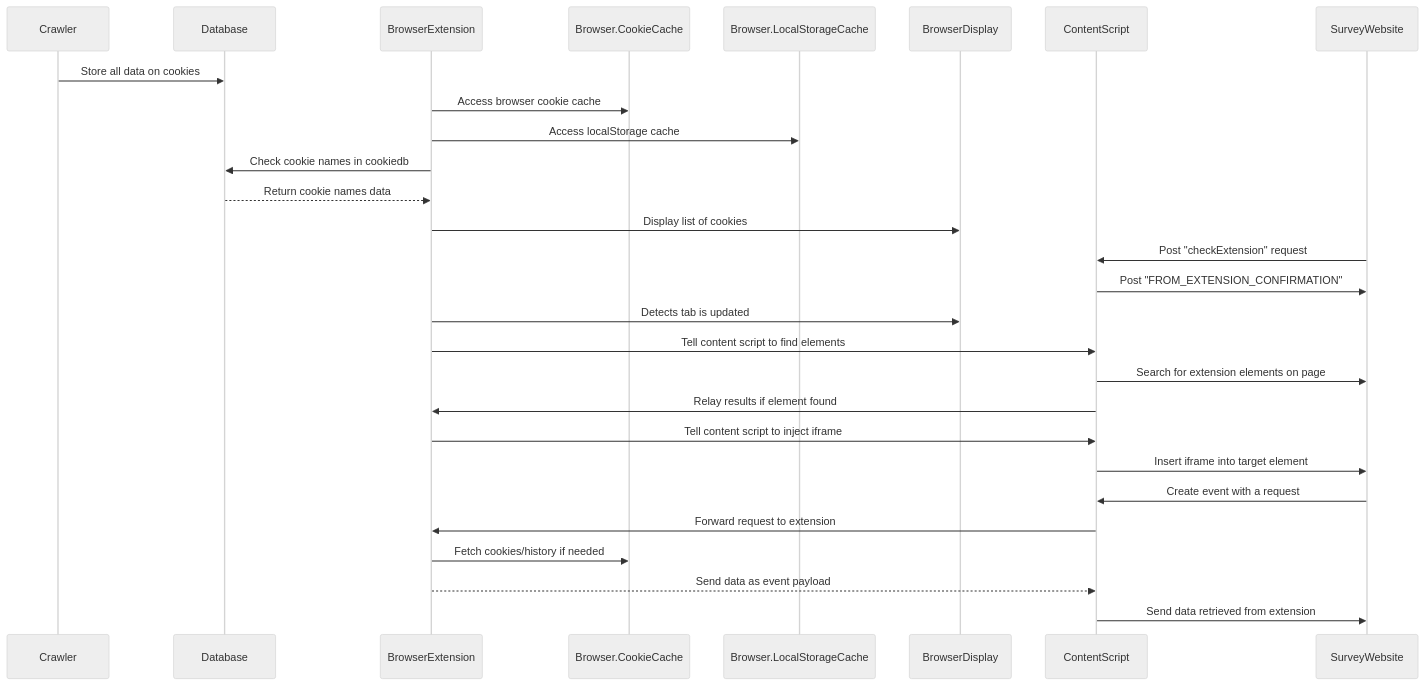
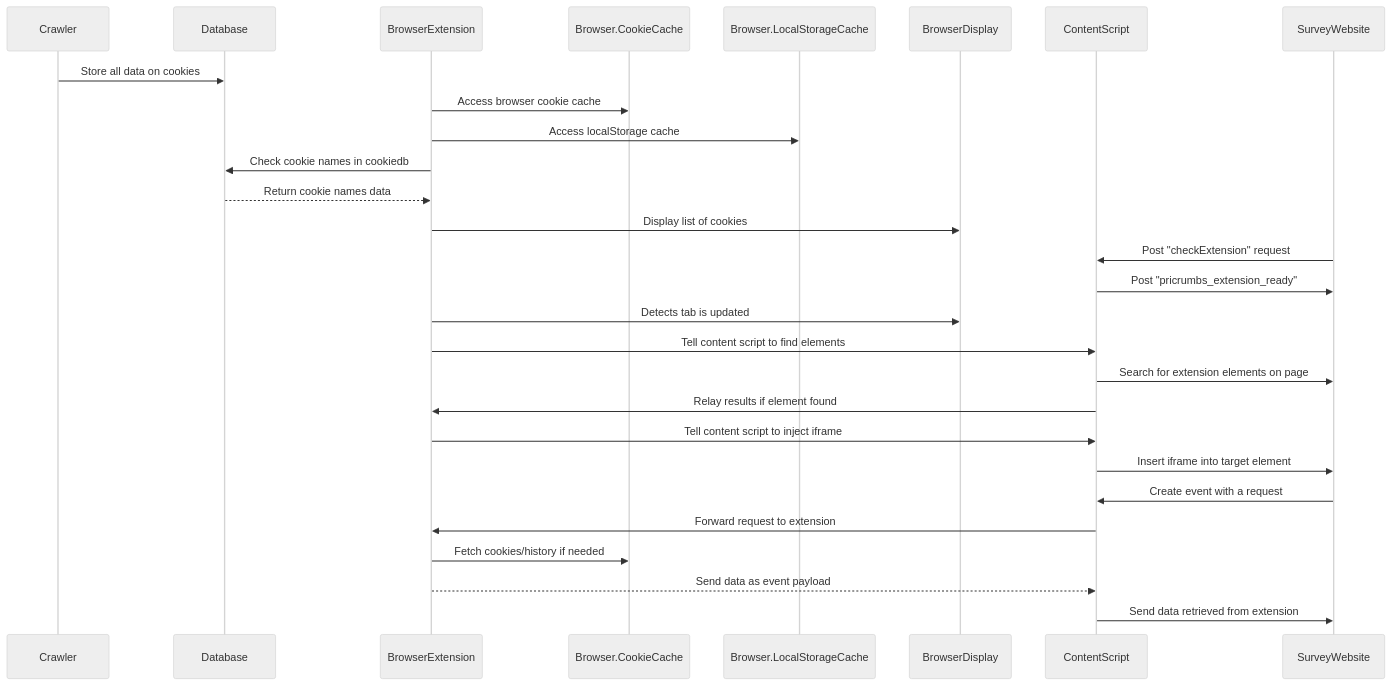
One commit to gwusec/pricrumb-browser-extension changed the diagram in README.md. Above: the diagram before and after it, drawn with Mermaid (neutral theme). The commit also changed other lines of this file and 14 other files, not shown here.

````diff
--- a/README.md
+++ b/README.md
@@ -3,42 +3,42 @@
 ```mermaid
 sequenceDiagram
     participant crawler as Crawler
     participant cookiedb as Database
     participant background as BrowserExtension
     participant browser as Browser.CookieCache
     participant storage as Browser.LocalStorageCache
     participant display as BrowserDisplay
     participant content as ContentScript
     participant website as SurveyWebsite
 
     %% Crawler and database population
     crawler->>cookiedb: Store all data on cookies
 
     %% Extension cookie lookup workflow
     background->>browser: Access browser cookie cache
     background->>storage: Access localStorage cache
     background->>cookiedb: Check cookie names in cookiedb
     cookiedb-->>background: Return cookie names data
     background->>display: Display list of cookies
 
     %% Initial extension check in survey
     website->>content: Post "checkExtension" request
-    content->>website: Post "FROM_EXTENSION_CONFIRMATION"
+    content->>website: Post "pricrumbs_extension_ready"
 
     %% Injection workflow (surveys/pages with extension elements)
     background->>display: Detects tab is updated
     background->>content: Tell content script to find elements
     content->>website: Search for extension elements on page
     content->>background: Relay results if element found
     background->>content: Tell content script to inject iframe
     content->>website: Insert iframe into target element
 
     %% Event relay workflow (website <-> extension)
     %% Currently used for debugging, but is left for future use
     website->>content: Create event with a request
     content->>background: Forward request to extension
     background->>browser: Fetch cookies/history if needed
     background-->>content: Send data as event payload
     content->>website: Send data retrieved from extension
 
 ```
````
